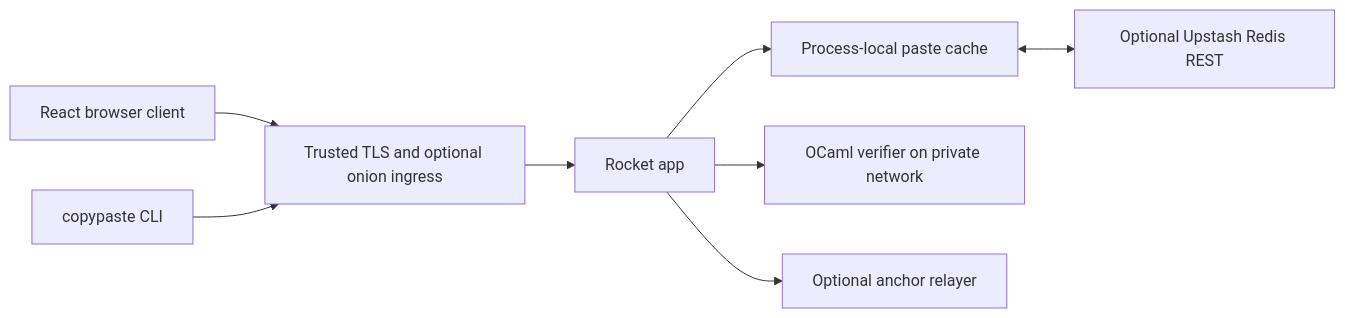
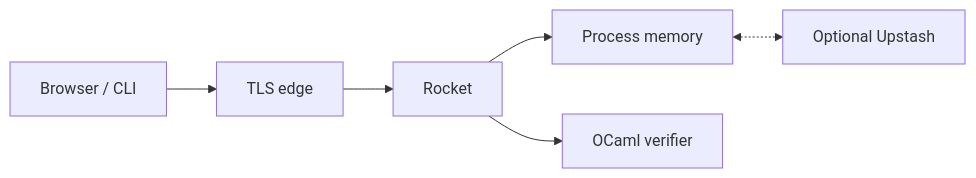
The second of 2 diagrams in README.md (qxlsz/copypaste.fyi), drawn with Mermaid before and after one commit. The commit also changed other lines of this file and 13 other files, not shown here.

````diff
--- a/README.md
+++ b/README.md
@@ -71,19 +89,14 @@
 ```mermaid
 flowchart LR
-    browser[React browser client]
-    cli[copypaste CLI]
-    edge[Trusted TLS and optional onion ingress]
-    app[Rocket app]
-    cache[Process-local paste cache]
-    redis[Optional Upstash Redis REST]
-    verifier[OCaml verifier on private network]
-    relayer[Optional anchor relayer]
+  browser[Browser / CLI]
+  edge[TLS edge]
+  app[Rocket]
+  mem[Process memory]
+  redis[Optional Upstash]
+  ocaml[OCaml verifier]
 
-    browser --> edge
-    cli --> edge
-    edge --> app
-    app --> cache
-    cache <--> redis
-    app --> verifier
-    app --> relayer
+  browser --> edge --> app
+  app --> mem
+  mem <-.-> redis
+  app --> ocaml
 ```
````
